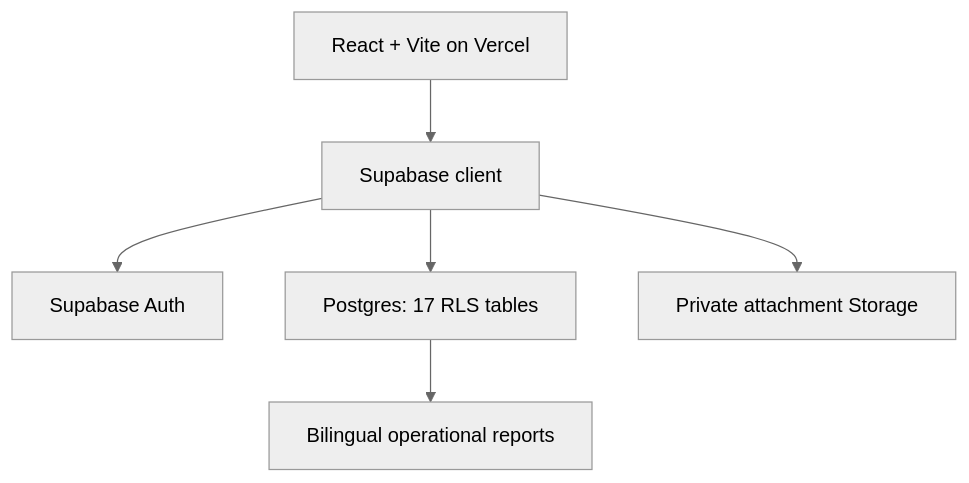
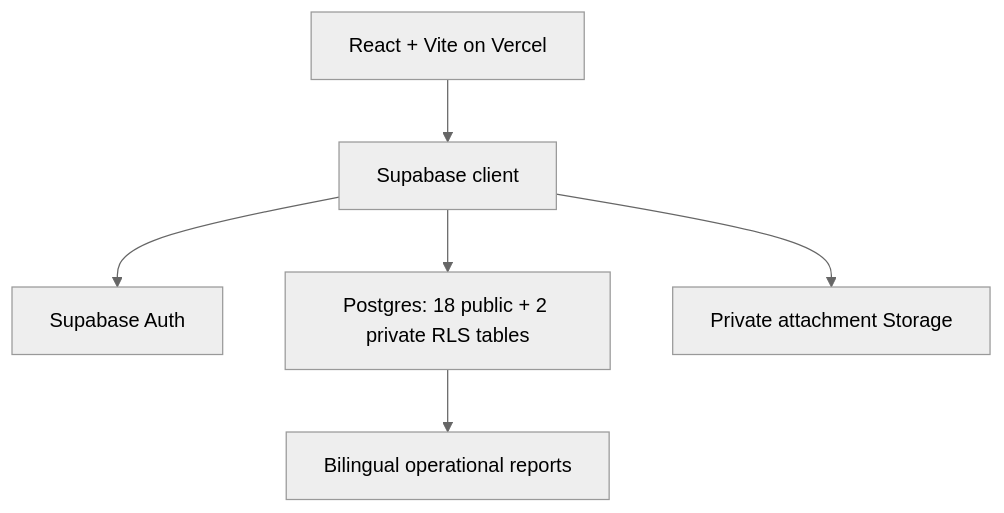
One commit to edificadigitalteam/edificadigital changed the first of 2 diagrams in docs/ARCHITECTURE.md. Above: the diagram before and after it, drawn with Mermaid (neutral theme). The commit also changed other lines of this file and 28 other files, not shown here.

````diff
--- a/docs/ARCHITECTURE.md
+++ b/docs/ARCHITECTURE.md
@@ -18,8 +19,8 @@
 ```mermaid
 flowchart TD
     A["React + Vite on Vercel"] --> B["Supabase client"]
     B --> C["Supabase Auth"]
-    B --> D["Postgres: 17 RLS tables"]
+    B --> D["Postgres: 18 public + 2 private RLS tables"]
     B --> E["Private attachment Storage"]
     D --> F["Bilingual operational reports"]
 ```
````
